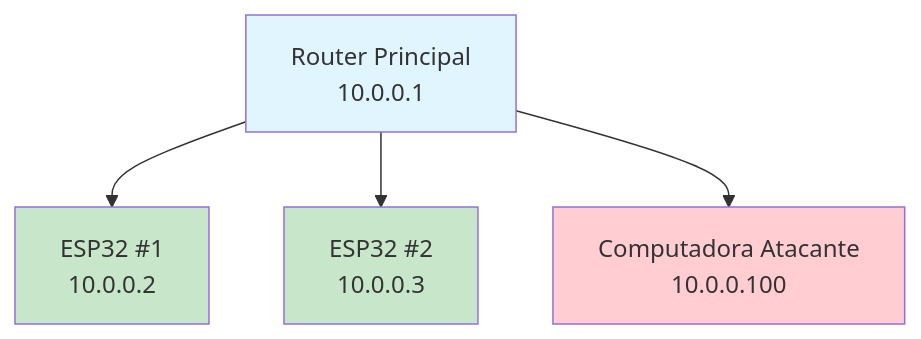
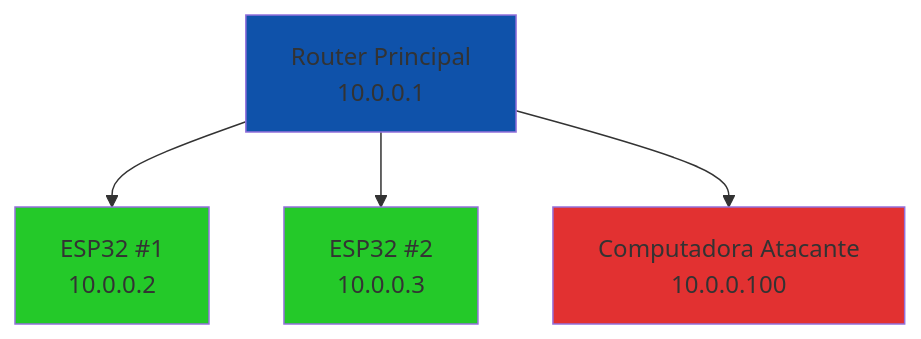
Before and after one commit to Levy147/Taller_IoT_Security: the diagram in README.md, drawn with Mermaid.

Commit message:
Update color definitions in README diagram

````diff
--- a/README.md
+++ b/README.md
@@ -259,16 +259,16 @@
 ```mermaid
 graph TB
     R[Router Principal<br/>10.0.0.1]
     
     R --> ESP1[ESP32 #1<br/>10.0.0.2]
     R --> ESP2[ESP32 #2<br/>10.0.0.3]
     R --> ATK[Computadora Atacante<br/>10.0.0.100]
     
-    classDef router fill:#e1f5fe
-    classDef iot fill:#c8e6c9
-    classDef attacker fill:#ffcdd2
+    classDef router fill:#0f52aa
+    classDef iot fill:#24c929 
+    classDef attacker fill:#e23131
     
     class R router
     class ESP1,ESP2 iot
     class ATK attacker
 ```
````
